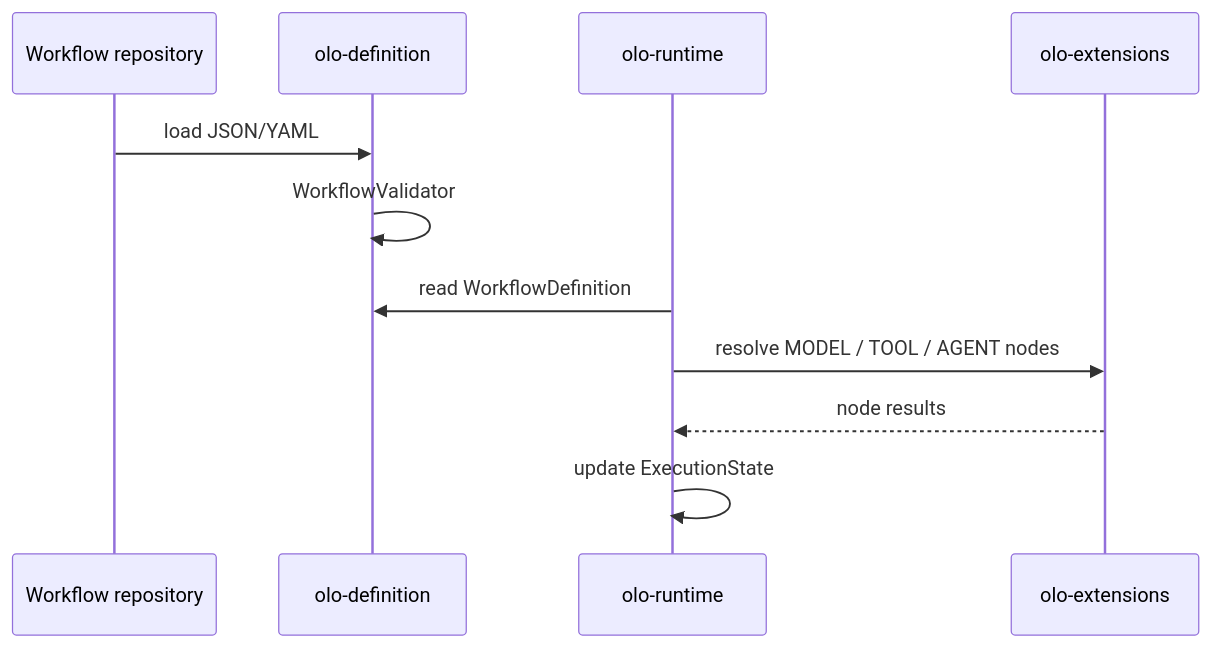
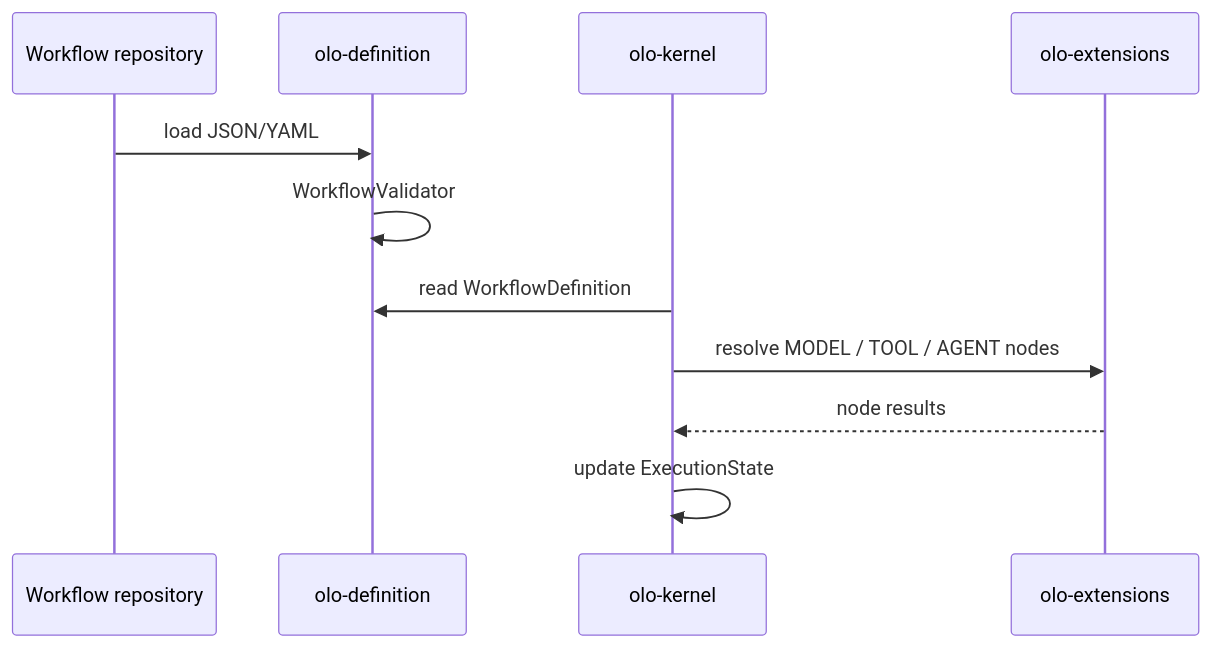
The second of 2 diagrams in olo-definition/doc/ARCHITECTURE.md (olo-labs/olo-mono), drawn with Mermaid before and after one commit. The commit also changed other lines of this file and 74 other files, not shown here.

````diff
--- a/olo-definition/doc/ARCHITECTURE.md
+++ b/olo-definition/doc/ARCHITECTURE.md
@@ -1140,14 +1147,14 @@
 ```mermaid
 sequenceDiagram
     participant Repo as Workflow repository
     participant Def as olo-definition
-    participant RT as olo-runtime
+    participant RT as olo-kernel
     participant Ext as olo-extensions
 
     Repo->>Def: load JSON/YAML
     Def->>Def: WorkflowValidator
     RT->>Def: read WorkflowDefinition
     RT->>Ext: resolve MODEL / TOOL / AGENT nodes
     Ext-->>RT: node results
     RT->>RT: update ExecutionState
 ```
````
